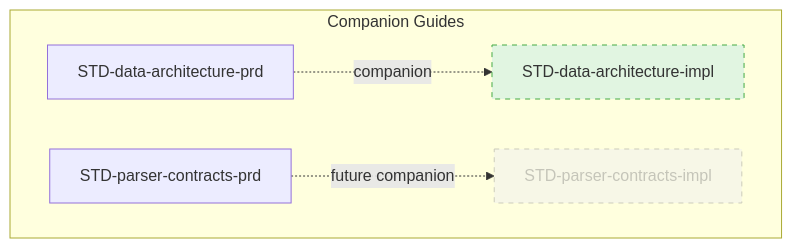
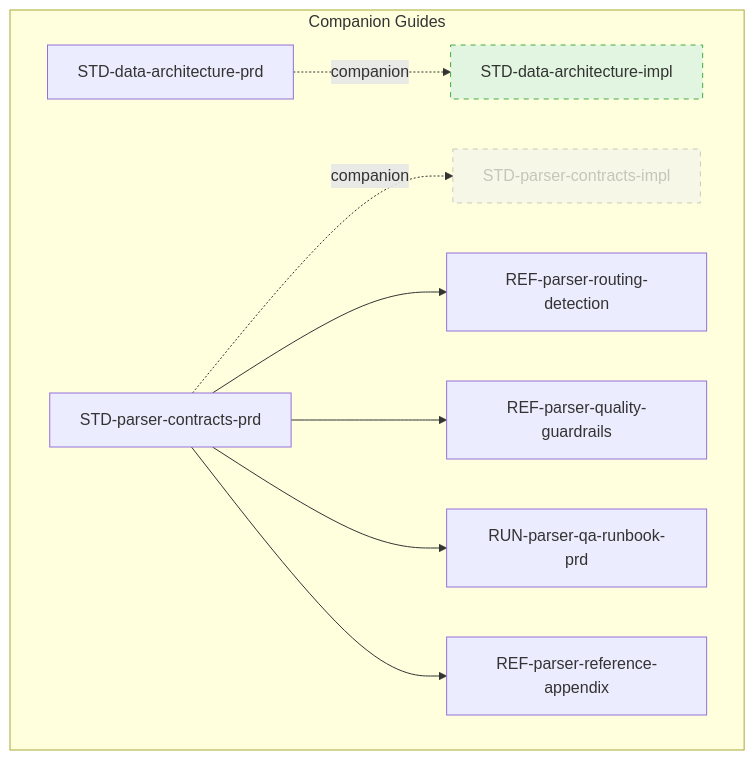
Before and after one commit to alex-bea/cms_api: the second of 2 diagrams in prds/DOC-master-catalog-prd-v1.0.md, drawn with Mermaid. The commit also changed other lines of this file and 19 other files, not shown here.

First line of the commit message:
feat: Modularize STD-parser-contracts v1.11 → v2.0 (6 documents)

````diff
--- a/prds/DOC-master-catalog-prd-v1.0.md
+++ b/prds/DOC-master-catalog-prd-v1.0.md
@@ -157,18 +162,22 @@
 ```mermaid
 graph TD
   subgraph "Companion Guides"
     STD_data_arch[STD-data-architecture-prd]
     STD_data_arch_impl[STD-data-architecture-impl]
     STD_parser[STD-parser-contracts-prd]
     STD_parser_impl[STD-parser-contracts-impl]
     
     STD_data_arch -.companion.-> STD_data_arch_impl
-    STD_parser -.future companion.-> STD_parser_impl
+    STD_parser -.companion.-> STD_parser_impl
+    STD_parser --> REF_parser_routing[REF-parser-routing-detection]
+    STD_parser --> REF_parser_quality[REF-parser-quality-guardrails]
+    STD_parser --> RUN_parser_qa[RUN-parser-qa-runbook-prd]
+    STD_parser --> REF_parser_appendix[REF-parser-reference-appendix]
   end
   
   style STD_data_arch_impl fill:#e1f5e1,stroke:#4a4,stroke-dasharray: 5 5
   style STD_parser_impl fill:#f0f0f0,stroke:#999,stroke-dasharray: 5 5
   
   classDef future opacity:0.5
   class STD_parser_impl future
 ```
````
